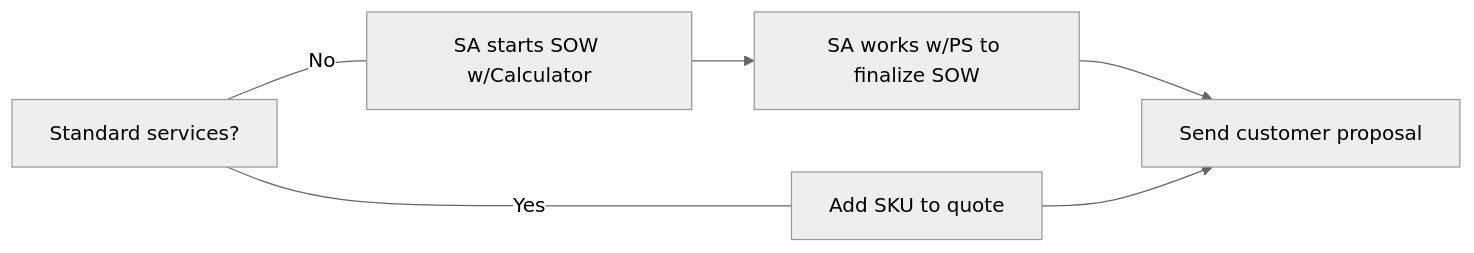
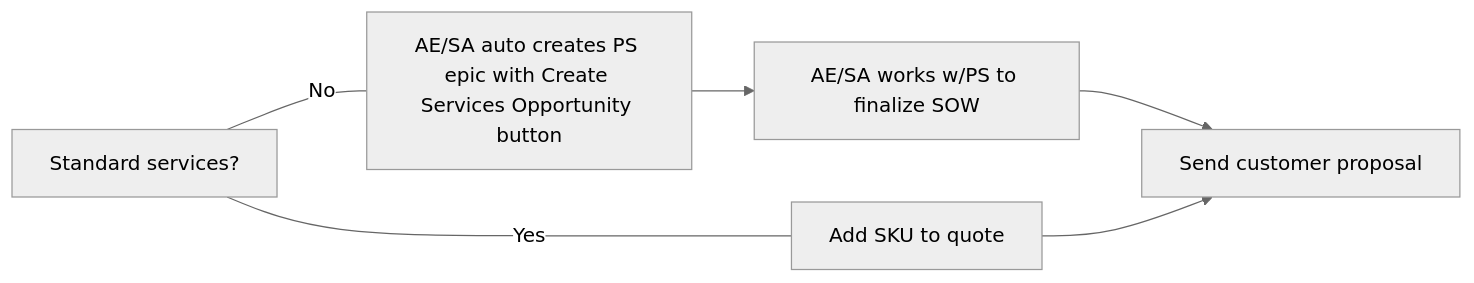
The diagram in content/handbook/customer-success/professional-services-engineering/working-with.md (zalyoung/gitlab-handbook), drawn with Mermaid (neutral theme) before and after one commit. The commit also changed other lines of this file and 8 other files, not shown here.

Commit message:
PS handbook overhaul mainly inspired to update sales team to use create services oppty in salesforce instead of the services calculator

````diff
--- a/content/handbook/customer-success/professional-services-engineering/working-with.md
+++ b/content/handbook/customer-success/professional-services-engineering/working-with.md
@@ -45,9 +45,9 @@
 ```mermaid
 graph LR;
   a["Standard services?"]-- Yes ---b["Add SKU to quote"];
-  a-- No ---c["SA starts SOW w/Calculator"];
-  c-->d["SA works w/PS to finalize SOW"];
+  a-- No ---c["AE/SA auto creates PS epic with Create Services Opportunity button"];
+  c-->d["AE/SA works w/PS to finalize SOW"];
   z["Send customer proposal"];
   d-->z;
   b-->z;
 ```
````
